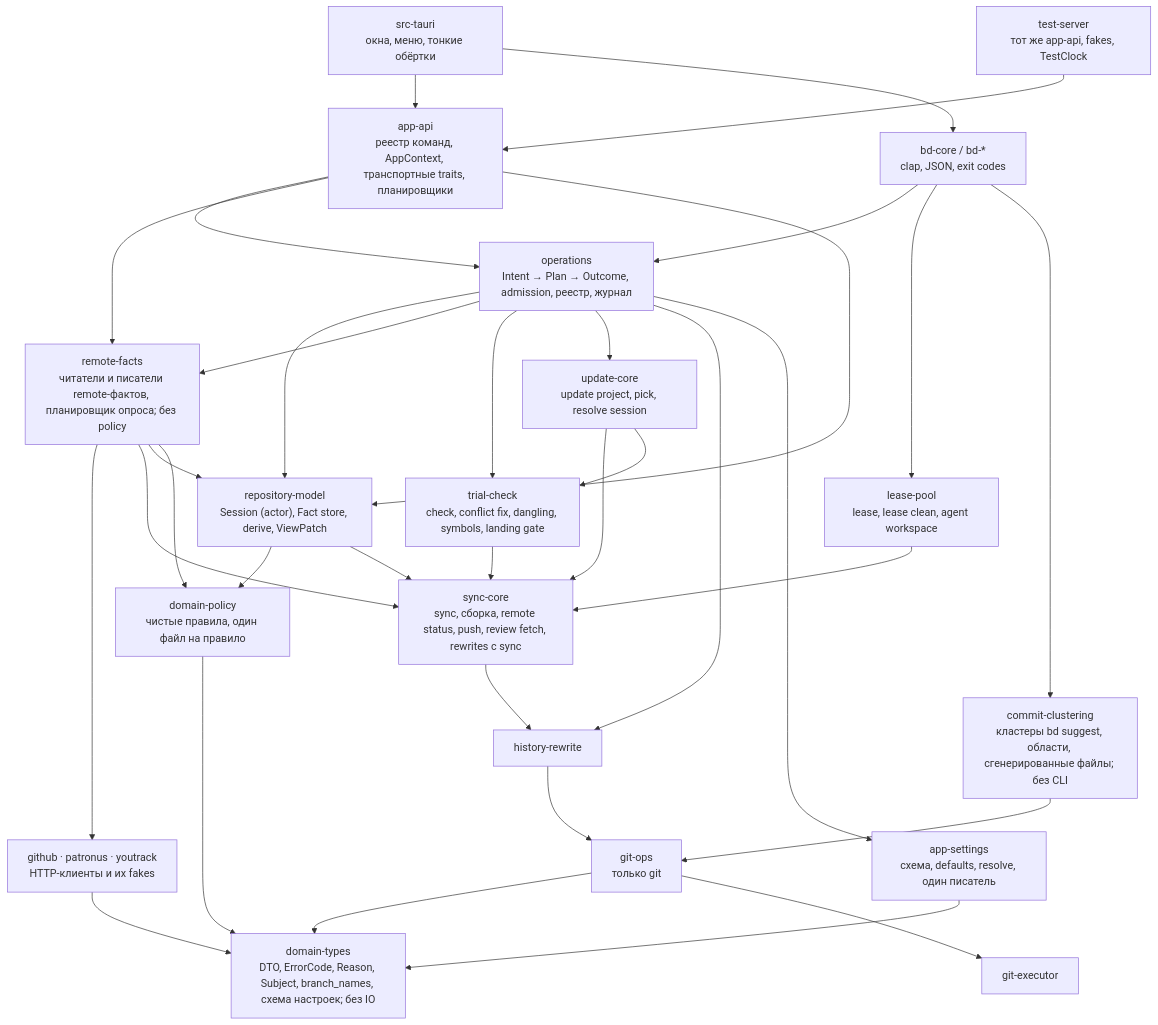
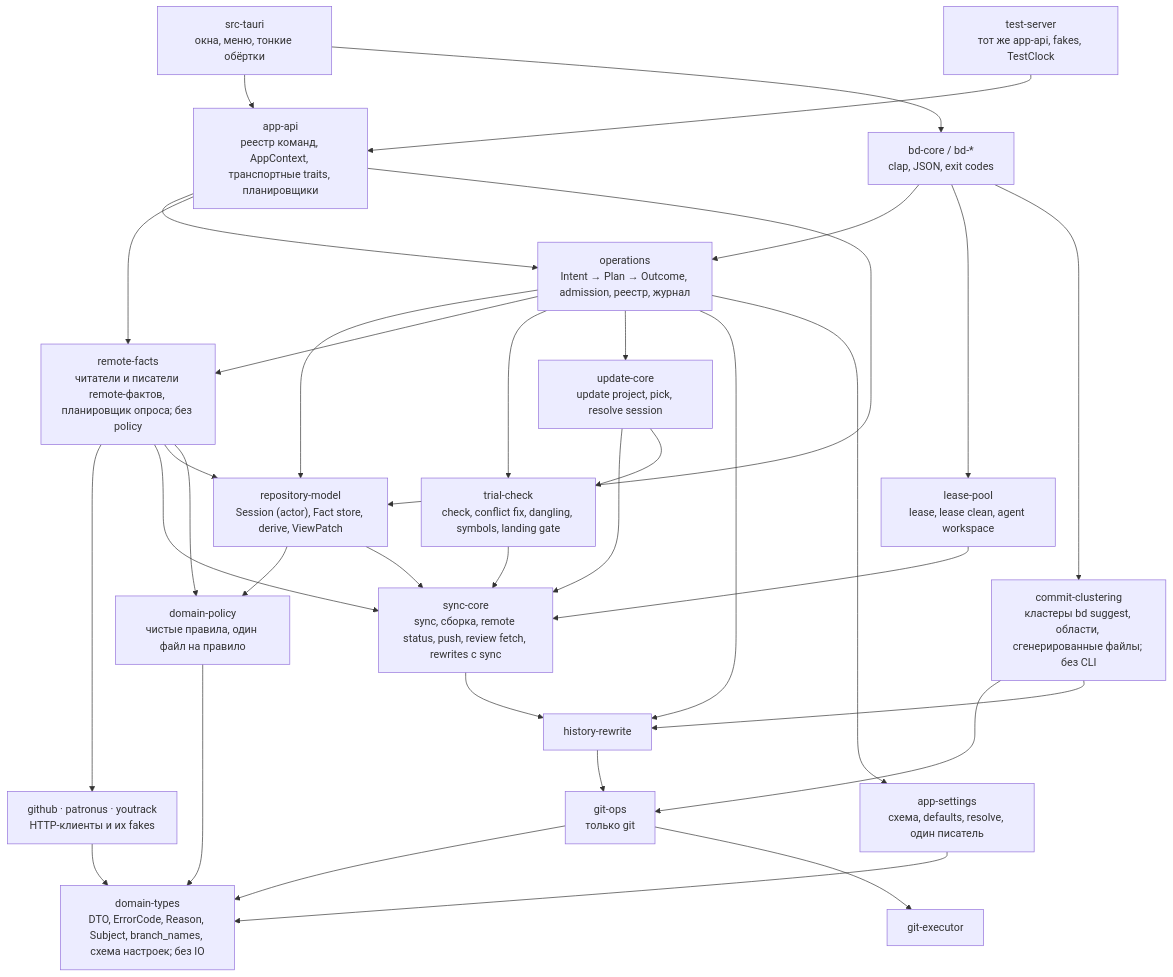
Before and after one commit to develar/branch-deck: the first of 2 diagrams in docs/design/rust-domain-authority.md, drawn with Mermaid. The commit also changed other lines of this file and 6 other files, not shown here.

````diff
--- a/docs/design/rust-domain-authority.md
+++ b/docs/design/rust-domain-authority.md
@@ -230,23 +230,23 @@
 ```mermaid
 flowchart TD
   T["domain-types<br/>DTO, ErrorCode, Reason, Subject, branch_names, схема настроек; без IO"]
   P["domain-policy<br/>чистые правила, один файл на правило"] --> T
   E["git-executor"]
   G["git-ops<br/>только git"] --> T & E
   H["history-rewrite"] --> G
   S["sync-core<br/>sync, сборка, remote status, push, review fetch, rewrites с sync"] --> H
   C["trial-check<br/>check, conflict fix, dangling, symbols, landing gate"] --> S
   U["update-core<br/>update project, pick, resolve session"] --> S & C
   L["lease-pool<br/>lease, lease clean, agent workspace"] --> S
-  CL["commit-clustering<br/>кластеры bd suggest, области, сгенерированные файлы; без CLI"] --> G
+  CL["commit-clustering<br/>кластеры bd suggest, области, сгенерированные файлы; без CLI"] --> G & H
   GH["github · patronus · youtrack<br/>HTTP-клиенты и их fakes"] --> T
   RF["remote-facts<br/>читатели и писатели remote-фактов, планировщик опроса; без policy"] --> GH & S & M & P
   M["repository-model<br/>Session (actor), Fact store, derive, ViewPatch"] --> P & S
   ST["app-settings<br/>схема, defaults, resolve, один писатель"] --> T
   O["operations<br/>Intent → Plan → Outcome, admission, реестр, журнал"] --> M & RF & C & U & H & ST
   API["app-api<br/>реестр команд, AppContext, транспортные traits, планировщики"] --> O & RF & M
   TAURI["src-tauri<br/>окна, меню, тонкие обёртки"] --> API
   TS["test-server<br/>тот же app-api, fakes, TestClock"] --> API
   BD["bd-core / bd-*<br/>clap, JSON, exit codes"] --> O & L & CL
   TAURI --> BD
 ```
````
